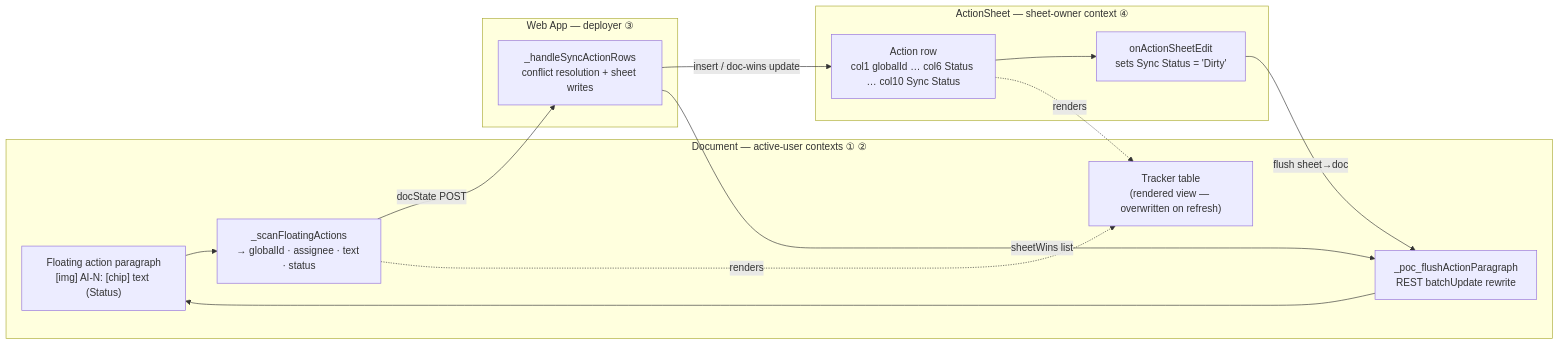
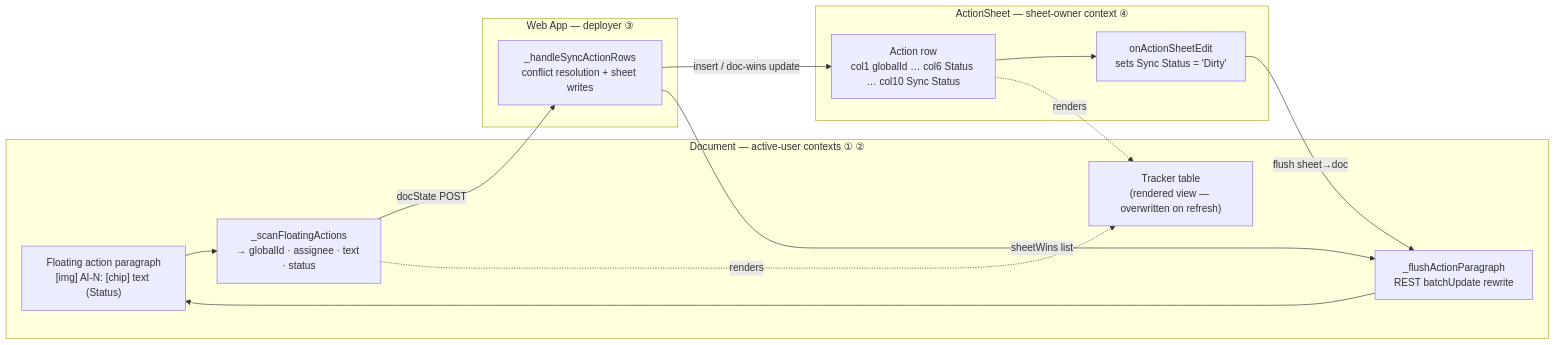
One commit to stuartdonaldson/GActionSheet changed the second of 7 diagrams in docs/DESIGN.md. Above: the diagram before and after it, drawn with Mermaid. The commit also changed other lines of this file and 16 other files, not shown here.

````diff
--- a/docs/DESIGN.md
+++ b/docs/DESIGN.md
@@ -175,26 +177,26 @@
 ```mermaid
 graph LR
     subgraph docside["Document — active-user contexts ① ②"]
         FA["Floating action paragraph<br/>[img] AI-N: [chip] text (Status)"]
         SCAN["_scanFloatingActions<br/>→ globalId · assignee · text · status"]
-        FLUSH["_poc_flushActionParagraph<br/>REST batchUpdate rewrite"]
+        FLUSH["_flushActionParagraph<br/>REST batchUpdate rewrite"]
         TRK["Tracker table<br/>(rendered view — overwritten on refresh)"]
     end
     subgraph webapp["Web App — deployer ③"]
         SYNC["_handleSyncActionRows<br/>conflict resolution + sheet writes"]
     end
     subgraph sheetside["ActionSheet — sheet-owner context ④"]
         ROW["Action row<br/>col1 globalId … col6 Status … col10 Sync Status"]
         EDIT["onActionSheetEdit<br/>sets Sync Status = 'Dirty'"]
     end
 
     FA --> SCAN
     SCAN -->|docState POST| SYNC
     SYNC -->|insert / doc-wins update| ROW
     SYNC -->|sheetWins list| FLUSH
     FLUSH --> FA
     ROW --> EDIT
     EDIT -->|flush sheet→doc| FLUSH
     SCAN -. renders .-> TRK
     ROW -. renders .-> TRK
 ```
````
